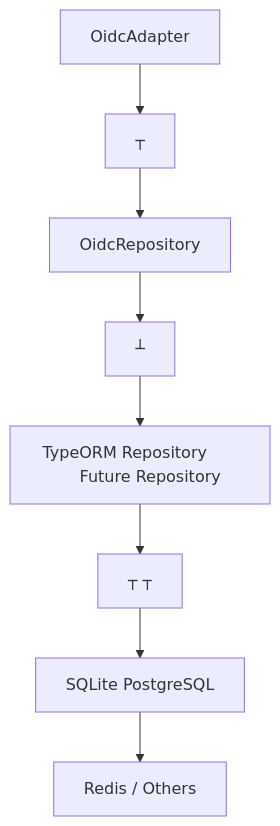
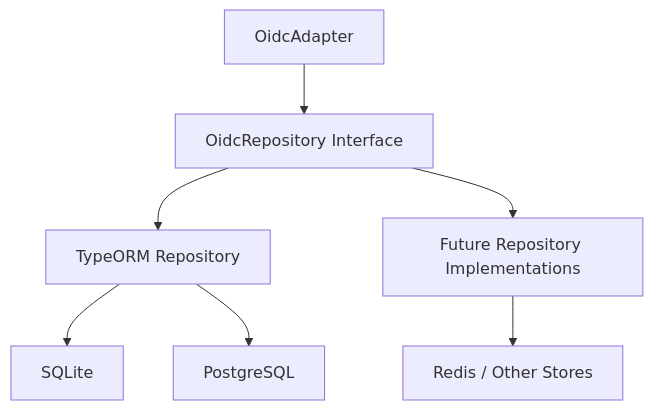
Before and after one commit to TechSivaram/tscloak: diagram 14 of 18 in README.md, drawn with Mermaid. The commit also changed other lines of this file, not shown here.

Commit message:
TSCloak → nest-oidc-provider → oidc-provider

````diff
--- a/README.md
+++ b/README.md
@@ -789,11 +795,9 @@
 ```mermaid
 flowchart TD
-    N0["OidcAdapter"] --> N1
-    N1["┬"] --> N2
-    N2["OidcRepository"] --> N3
-    N3["┴"] --> N4
-    N4["TypeORM Repository          Future Repository"] --> N5
-    N5["┬       ┬"] --> N6
-    N6["SQLite                      PostgreSQL"] --> N7
-    N7["Redis / Others"]
+    A["OidcAdapter"] --> B["OidcRepository Interface"]
+    B --> C["TypeORM Repository"]
+    B --> D["Future Repository Implementations"]
+    C --> E["SQLite"]
+    C --> F["PostgreSQL"]
+    D --> G["Redis / Other Stores"]
 ```
````
